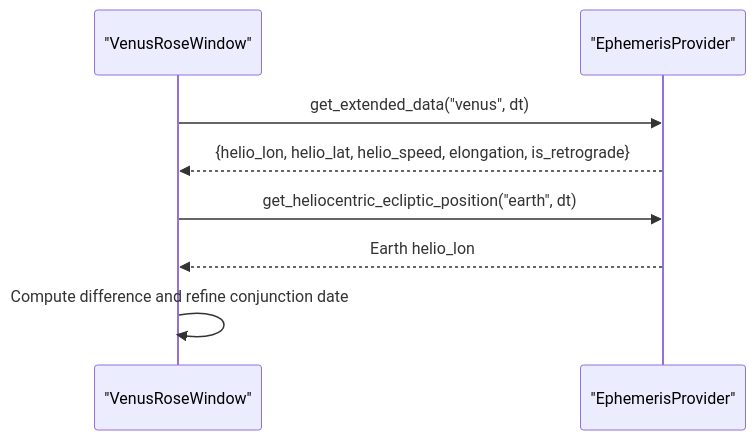
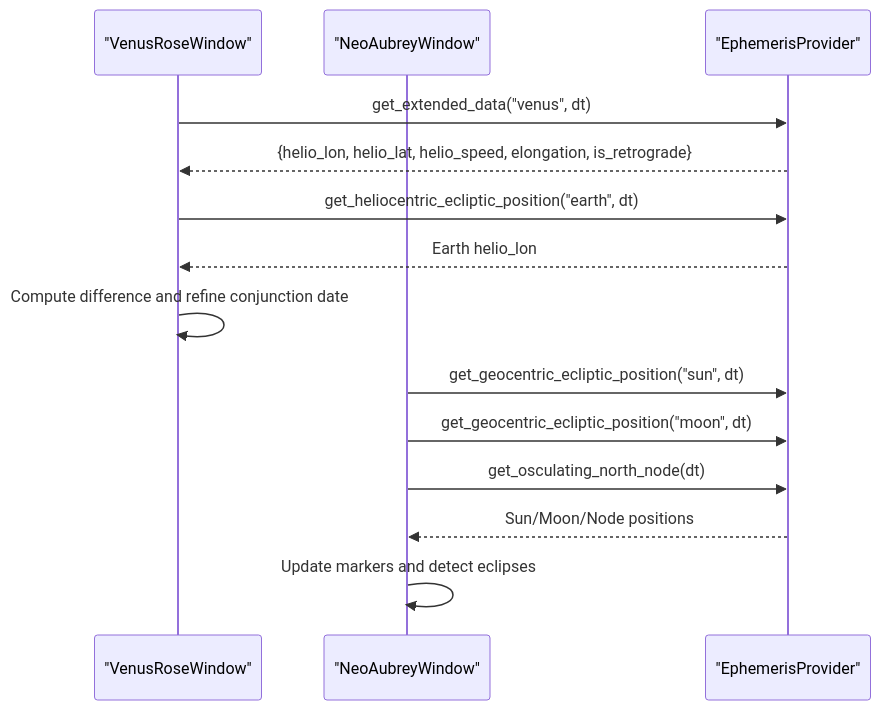
The fifth of 8 diagrams in .qoder/repowiki/en/content/Architecture Overview/Pillar-Based Architecture/Astrology Pillar/Specialized Visualizations.md (TheDaniel166/IsopGem), drawn with Mermaid before and after one commit. The commit also changed other lines of this file and 44 other files, not shown here.

````diff
--- a/.qoder/repowiki/en/content/Architecture Overview/Pillar-Based Architecture/Astrology Pillar/Specialized Visualizations.md
+++ b/.qoder/repowiki/en/content/Architecture Overview/Pillar-Based Architecture/Astrology Pillar/Specialized Visualizations.md
@@ -282,10 +309,16 @@
 ```mermaid
 sequenceDiagram
 participant VR as "VenusRoseWindow"
+participant NA as "NeoAubreyWindow"
 participant EP as "EphemerisProvider"
 VR->>EP : get_extended_data("venus", dt)
 EP-->>VR : {helio_lon, helio_lat, helio_speed, elongation, is_retrograde}
 VR->>EP : get_heliocentric_ecliptic_position("earth", dt)
 EP-->>VR : Earth helio_lon
 VR->>VR : Compute difference and refine conjunction date
+NA->>EP : get_geocentric_ecliptic_position("sun", dt)
+NA->>EP : get_geocentric_ecliptic_position("moon", dt)
+NA->>EP : get_osculating_north_node(dt)
+EP-->>NA : Sun/Moon/Node positions
+NA->>NA : Update markers and detect eclipses
 ```
````
